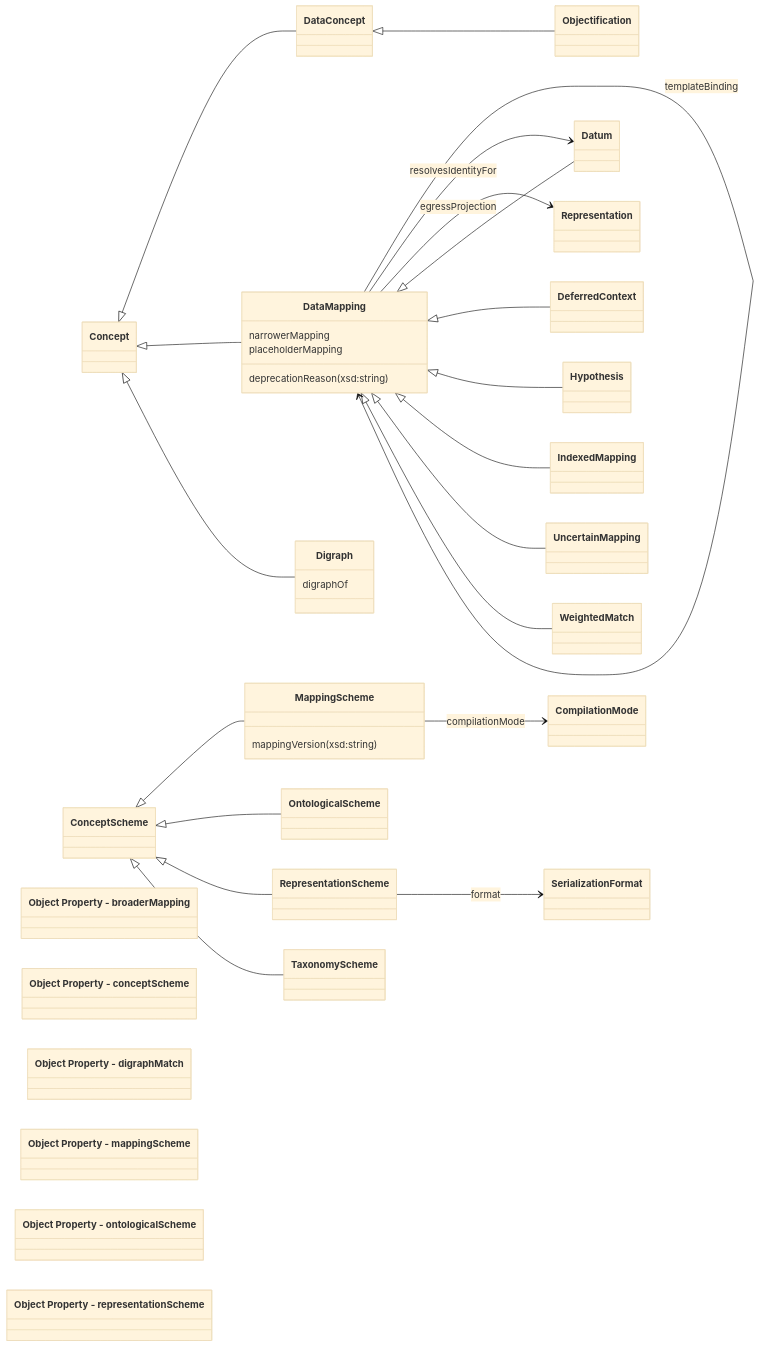
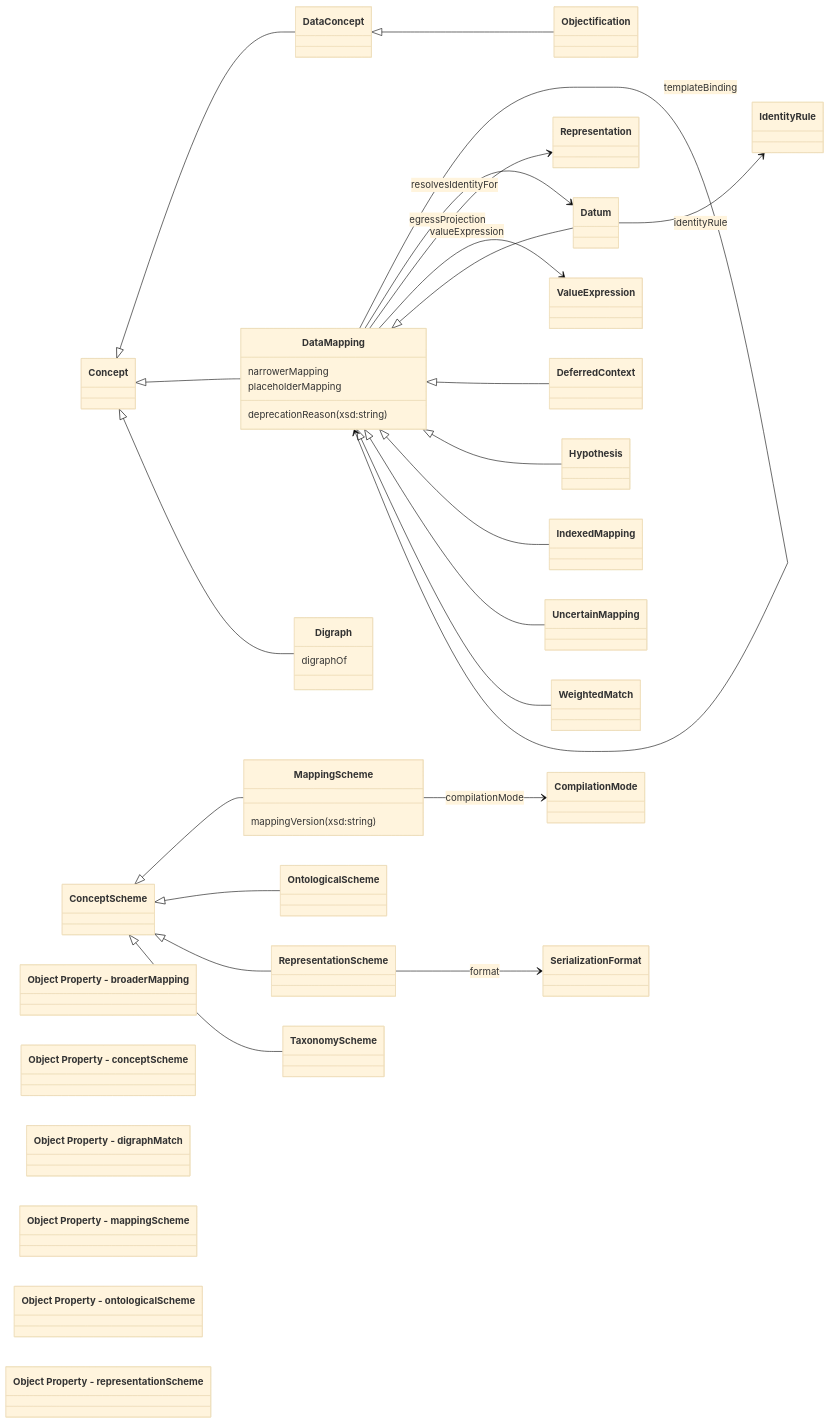
The second of 15 diagrams in ontology/mork/README.md (nebularis/lattice), drawn with Mermaid (base theme) before and after one commit. The commit also changed other lines of this file and 23 other files, not shown here.

````diff
--- a/ontology/mork/README.md
+++ b/ontology/mork/README.md
@@ -100,59 +100,63 @@
 ```mermaid
 classDiagram
     direction LR
     class CompilationMode
     class Concept
     class ConceptScheme
     class DataConcept
     class DataMapping {
         deprecationReason (xsd:string)
         narrowerMapping
         placeholderMapping
     }
     class Datum
     class DeferredContext
     class Digraph {
         digraphOf
     }
     class Hypothesis
+    class IdentityRule
     class IndexedMapping
     class MappingScheme {
         mappingVersion (xsd:string)
     }
     class Objectification
     class OntologicalScheme
     class Representation
     class RepresentationScheme
     class SerializationFormat
     class TaxonomyScheme
     class UncertainMapping
+    class ValueExpression
     class WeightedMatch
     Concept <|-- DataConcept
     Concept <|-- DataMapping
     Concept <|-- Digraph
     ConceptScheme <|-- MappingScheme
     ConceptScheme <|-- OntologicalScheme
     ConceptScheme <|-- RepresentationScheme
     ConceptScheme <|-- TaxonomyScheme
     DataConcept <|-- Objectification
     DataMapping --> DataMapping : precedes
     DataMapping --> DataMapping : softPrecedes
     DataMapping --> DataMapping : supersedes
     DataMapping --> DataMapping : templateBinding
     DataMapping --> Datum : resolvesIdentityFor
     DataMapping --> Representation : egressProjection
+    DataMapping --> ValueExpression : valueExpression
     DataMapping <|-- Datum
     DataMapping <|-- DeferredContext
     DataMapping <|-- Hypothesis
     DataMapping <|-- IndexedMapping
     DataMapping <|-- UncertainMapping
     DataMapping <|-- WeightedMatch
+    Datum --> IdentityRule : identityRule
     MappingScheme --> CompilationMode : compilationMode
     RepresentationScheme --> SerializationFormat : format
     class ObjectProperty_broaderMapping["Object Property - broaderMapping"]
     class ObjectProperty_conceptScheme["Object Property - conceptScheme"]
     class ObjectProperty_digraphMatch["Object Property - digraphMatch"]
     class ObjectProperty_mappingScheme["Object Property - mappingScheme"]
     class ObjectProperty_ontologicalScheme["Object Property - ontologicalScheme"]
     class ObjectProperty_representationScheme["Object Property - representationScheme"]
 ```
````
